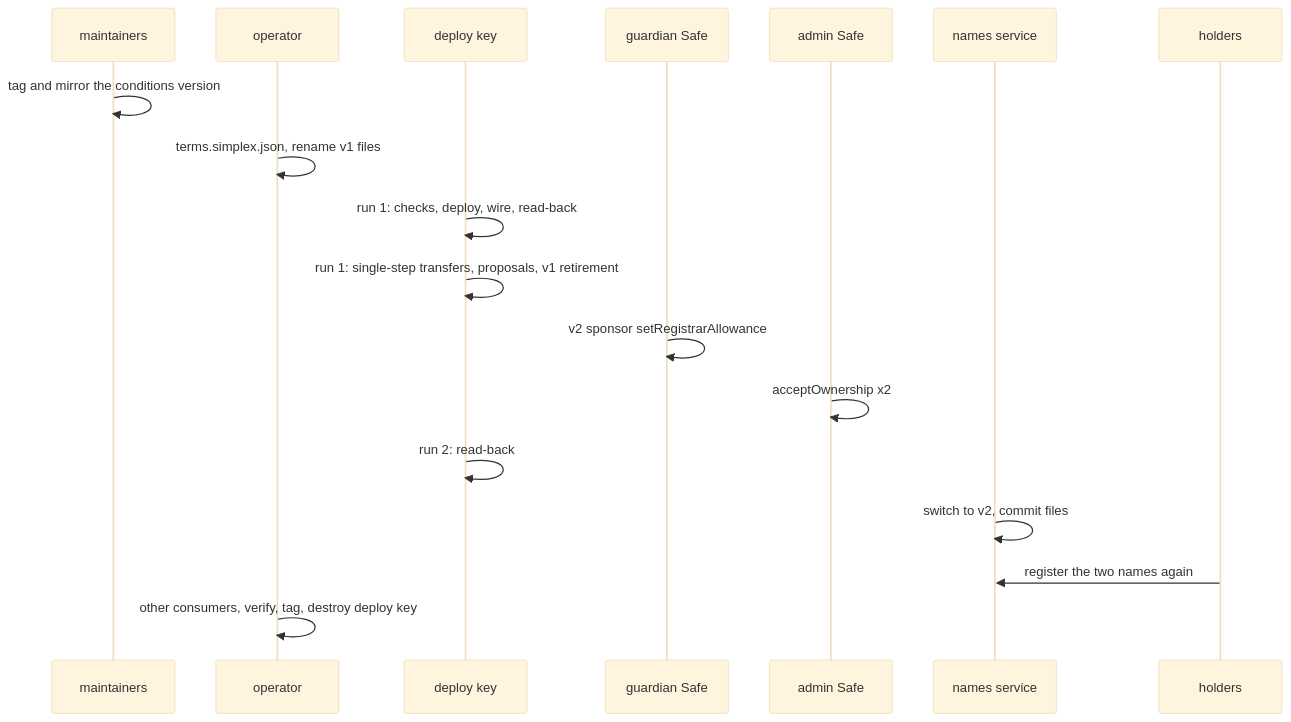
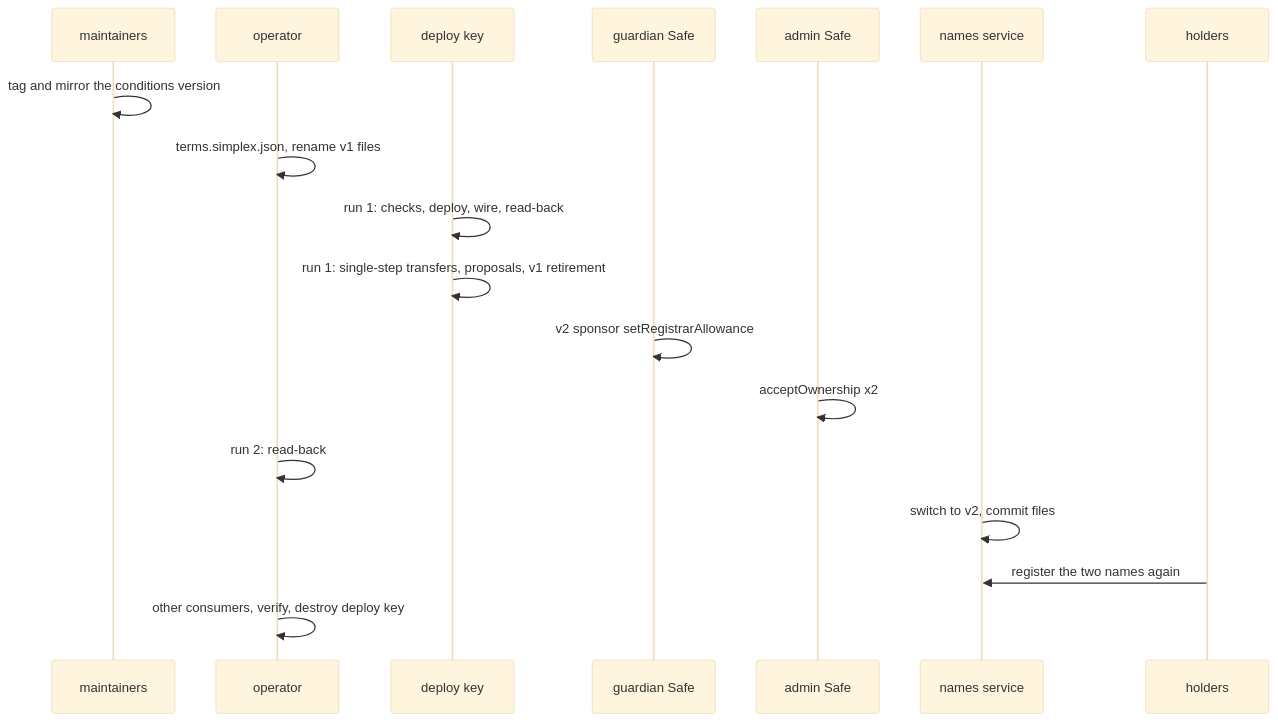
The fifth of 6 diagrams in docs/plans/upgradeable-stack.md (brenzi-agent/simplex-namespace-contract), drawn with Mermaid (base theme) before and after one commit. The commit also changed other lines of this file and 3 other files, not shown here.

Commit message:
docs: plan of eight upgradeable contracts and the goal architecture

````diff
--- a/docs/plans/upgradeable-stack.md
+++ b/docs/plans/upgradeable-stack.md
@@ -359,20 +516,20 @@
 ```mermaid
 sequenceDiagram
   participant M as maintainers
   participant O as operator
   participant D as deploy key
   participant G as guardian Safe
   participant A as admin Safe
   participant N as names service
   participant H as holders
   M->>M: tag and mirror the conditions version
   O->>O: terms.simplex.json, rename v1 files
   D->>D: run 1: checks, deploy, wire, read-back
   D->>D: run 1: single-step transfers, proposals, v1 retirement
   G->>G: v2 sponsor setRegistrarAllowance
   A->>A: acceptOwnership x2
-  D->>D: run 2: read-back
+  O->>O: run 2: read-back
   N->>N: switch to v2, commit files
   H->>N: register the two names again
-  O->>O: other consumers, verify, tag, destroy deploy key
+  O->>O: other consumers, verify, destroy deploy key
 ```
````
